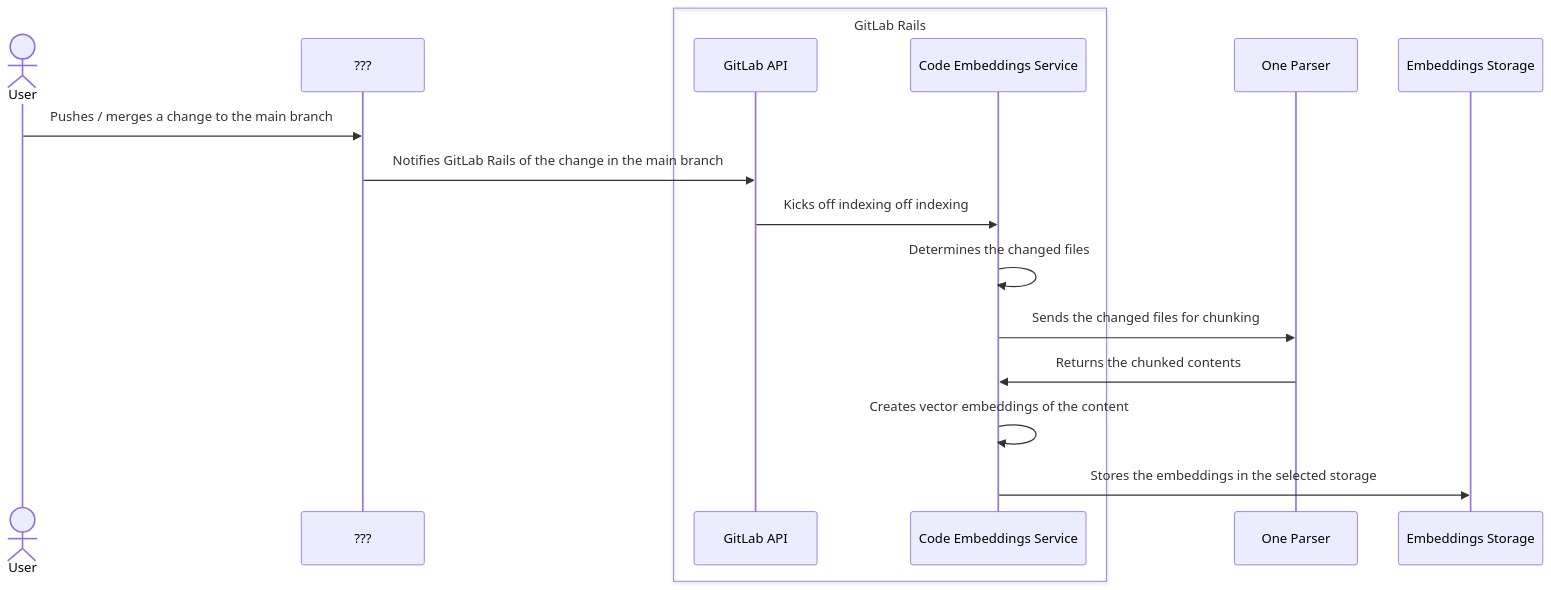
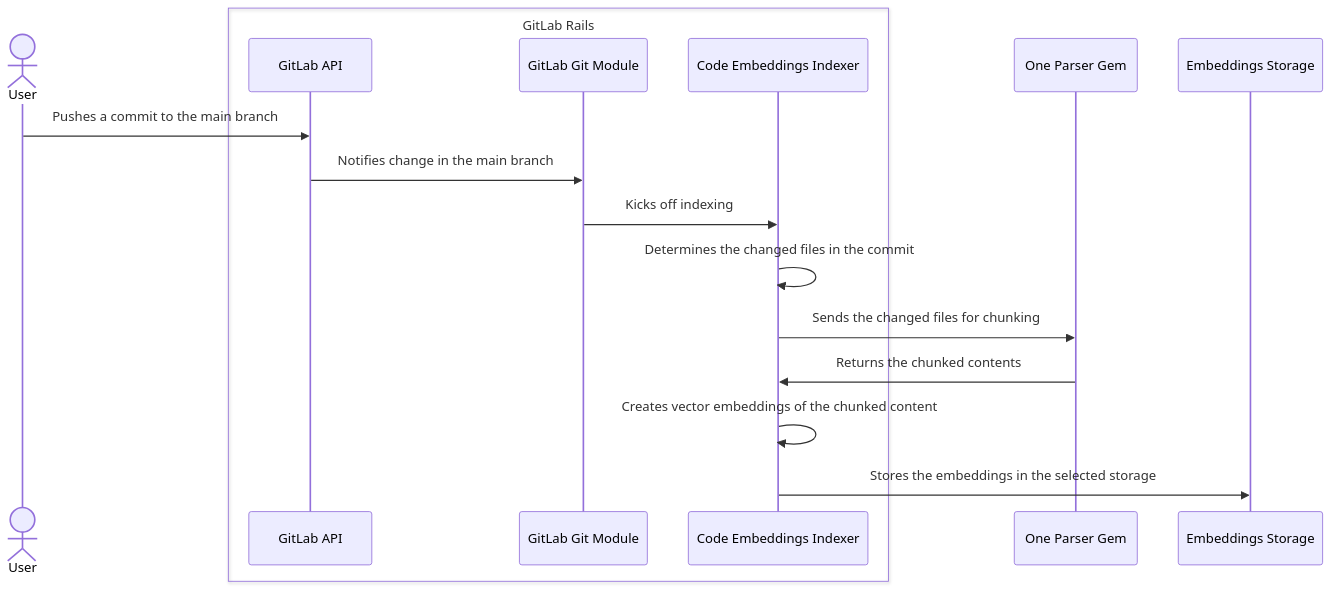
One commit to zalyoung/gitlab-handbook changed the first of 5 diagrams in content/handbook/engineering/architecture/design-documents/codebase_as_chat_context/_index.md. Above: the diagram before and after it, drawn with Mermaid. The commit also changed other lines of this file, not shown here.

First line of the commit message:
Update architecture document

````diff
--- a/content/handbook/engineering/architecture/design-documents/codebase_as_chat_context/_index.md
+++ b/content/handbook/engineering/architecture/design-documents/codebase_as_chat_context/_index.md
@@ -224,20 +131,20 @@
 ```mermaid
 sequenceDiagram
     actor USR as User
-    participant ABC as ???
     box GitLab Rails
       participant GLRAPI as GitLab API
-      participant CES as Code Embeddings Service
+      participant GLRGIT as GitLab Git Module
+      participant CEI as Code Embeddings Indexer
     end
-    participant PRSR as One Parser
+    participant PRSR as One Parser Gem
     participant STOR as Embeddings Storage
 
-    USR->>ABC: Pushes / merges a change to the main branch
-    ABC->>GLRAPI: Notifies GitLab Rails of the change in the main branch
-    GLRAPI->>CES: Kicks off indexing off indexing
-    CES->>CES: Determines the changed files
-    CES->>PRSR: Sends the changed files for chunking
-    PRSR->>CES: Returns the chunked contents
-    CES->>CES: Creates vector embeddings of the content
-    CES->>STOR: Stores the embeddings in the selected storage
+    USR->>GLRAPI: Pushes a commit to the main branch
+    GLRAPI->>GLRGIT: Notifies change in the main branch
+    GLRGIT->>CEI: Kicks off indexing
+    CEI->>CEI: Determines the changed files in the commit
+    CEI->>PRSR: Sends the changed files for chunking
+    PRSR->>CEI: Returns the chunked contents
+    CEI->>CEI: Creates vector embeddings of the chunked content
+    CEI->>STOR: Stores the embeddings in the selected storage
 ```
````
